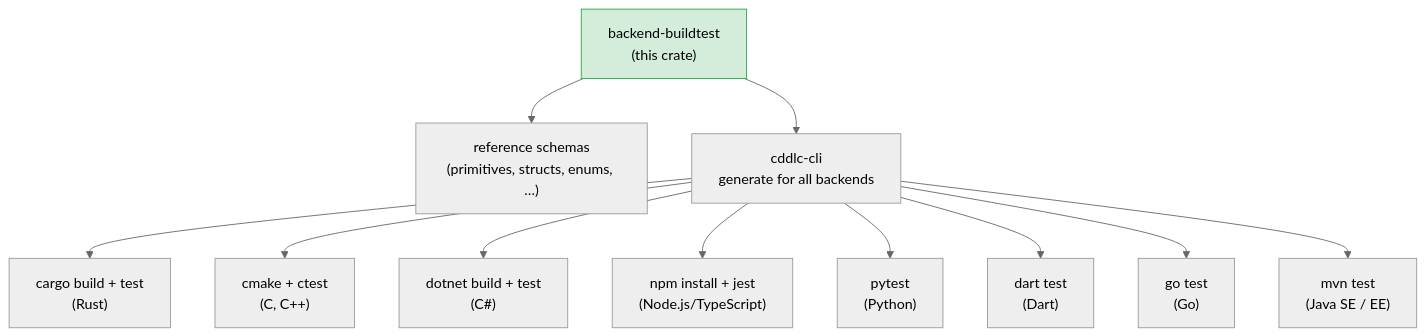
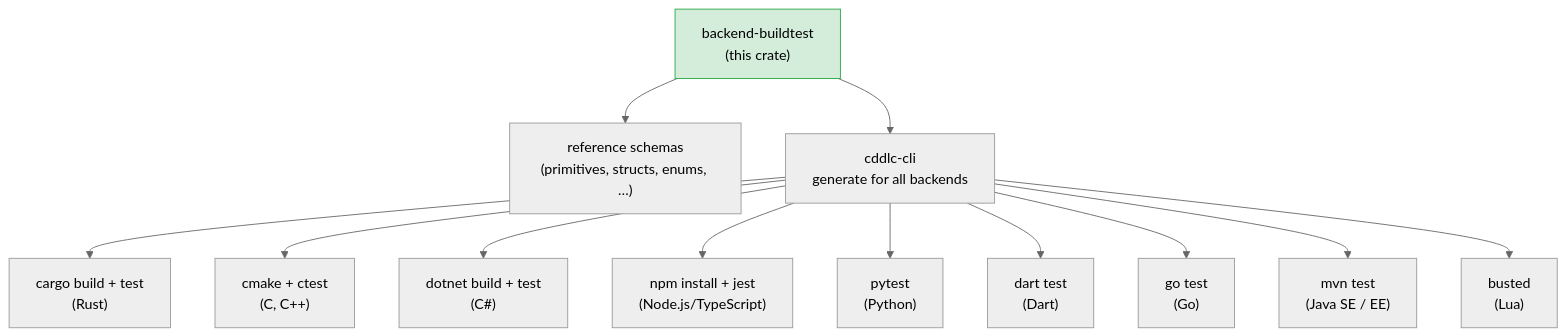
One commit to dgtlrift/cddlc changed the diagram in crates/backend-buildtest/README.md. Above: the diagram before and after it, drawn with Mermaid (neutral theme). The commit also changed other lines of this file and 6 other files, not shown here.

````diff
--- a/crates/backend-buildtest/README.md
+++ b/crates/backend-buildtest/README.md
@@ -10,14 +10,15 @@
 ```mermaid
 flowchart TD
     A["backend-buildtest\n(this crate)"]:::active --> B["reference schemas\n(primitives, structs, enums, …)"]
     A --> C["cddlc-cli\ngenerate for all backends"]
     C --> D1["cargo build + test\n(Rust)"]
     C --> D2["cmake + ctest\n(C, C++)"]
     C --> D3["dotnet build + test\n(C#)"]
     C --> D4["npm install + jest\n(Node.js/TypeScript)"]
     C --> D5["pytest\n(Python)"]
     C --> D6["dart test\n(Dart)"]
     C --> D7["go test\n(Go)"]
     C --> D8["mvn test\n(Java SE / EE)"]
+    C --> D9["busted\n(Lua)"]
     classDef active fill:#d4edda,stroke:#28a745
 ```
````
